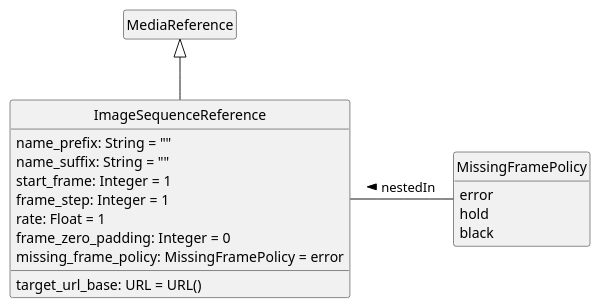
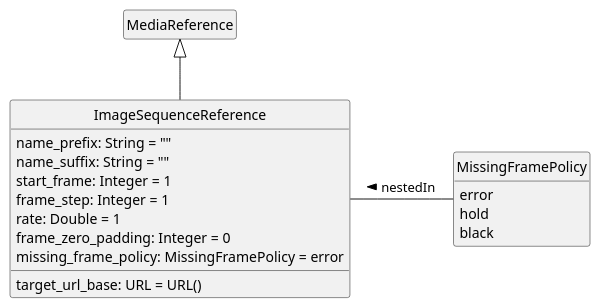
Before and after one commit to sandflow/otio-core-specification: diagram 24 of 34 in src/main/md/otio-core.md, drawn with PlantUML. The commit also changed other lines of this file, not shown here.

````diff
--- a/src/main/md/otio-core.md
+++ b/src/main/md/otio-core.md
@@ -1491,29 +1491,29 @@
 ```puml
 @startuml
 hide empty members
 hide circle
 skinparam classAttributeIconSize 0
 
 MediaReference <|-- ImageSequenceReference
 
 class ImageSequenceReference {
   target_url_base: URL = URL()
   name_prefix: String = ""
   name_suffix: String = ""
   start_frame: Integer = 1
   frame_step: Integer = 1
-  rate: Float = 1
+  rate: Double = 1
   frame_zero_padding: Integer = 0
   missing_frame_policy: MissingFramePolicy = error
 }
 
 enum MissingFramePolicy {
     error
     hold
     black
 }
 
 MissingFramePolicy -left- ImageSequenceReference : nestedIn >
 
 @enduml
 ```
````
